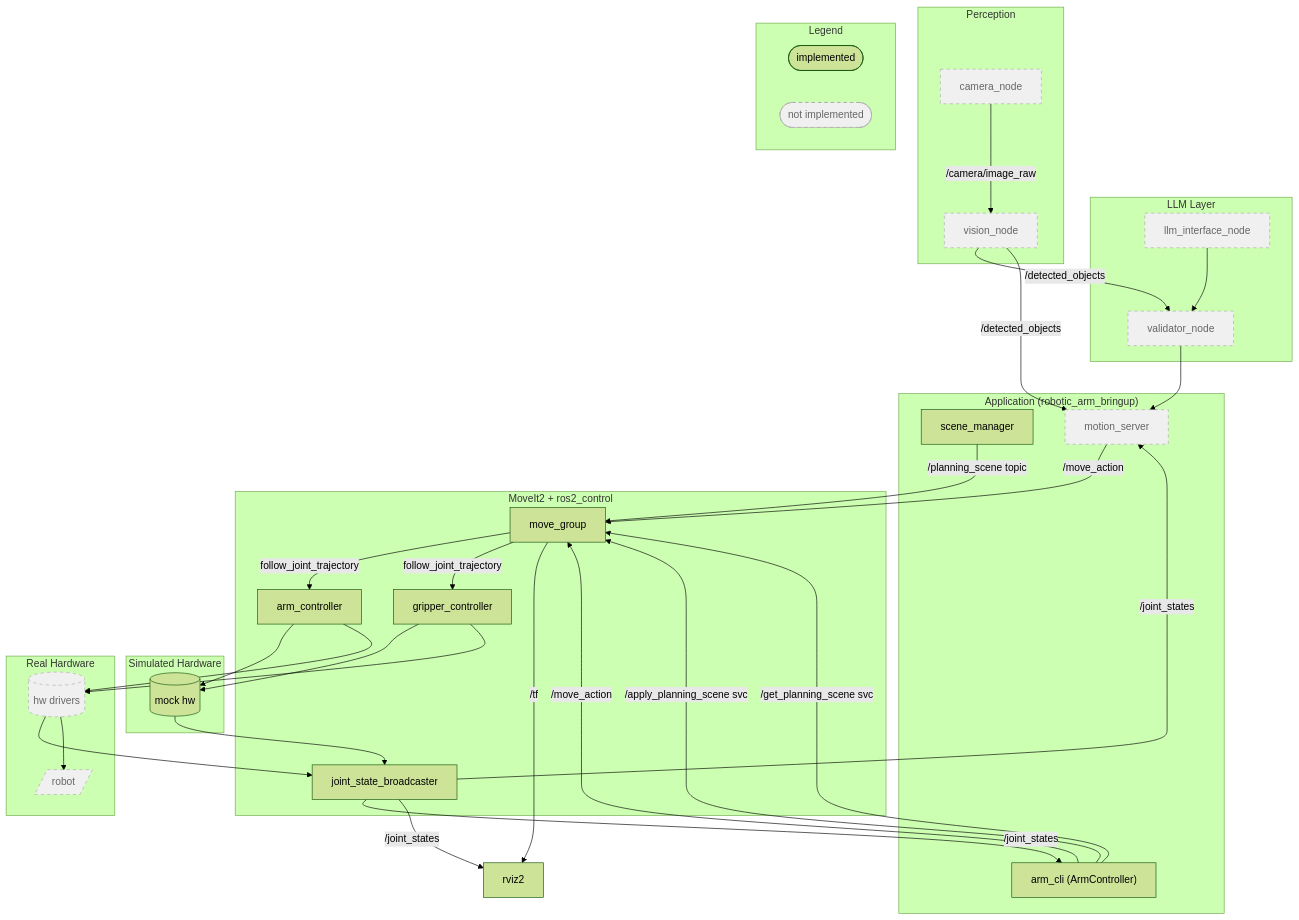
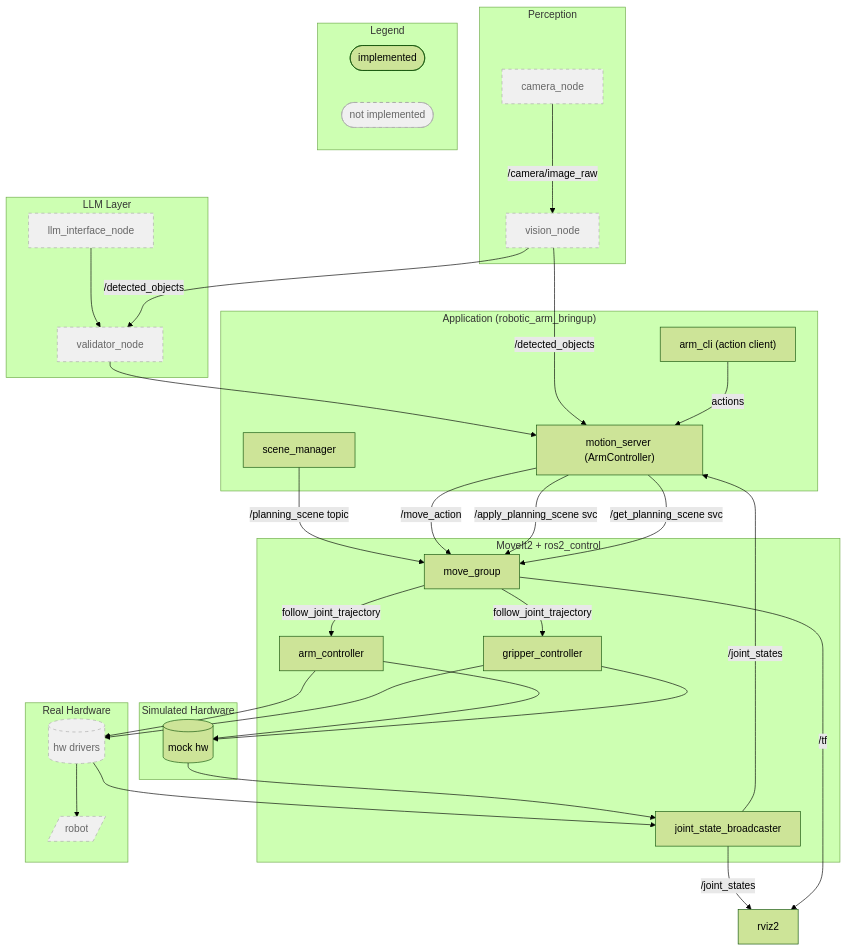
One commit to daniel-iacob/ros2_robotic_arm changed the first of 2 diagrams in doc/architecture.md. Above: the diagram before and after it, drawn with Mermaid (forest theme). The commit also changed other lines of this file and 31 other files, not shown here.

First line of the commit message:
Ros2 action server (#25)

````diff
--- a/doc/architecture.md
+++ b/doc/architecture.md
@@ -33,73 +33,72 @@
 ```mermaid
 flowchart TD
     classDef planned fill:#f0f0f0,stroke:#aaa,stroke-dasharray:5 5,color:#666
 
     subgraph llm["LLM Layer"]
         llm_interface_node
         validator_node
     end
 
     subgraph perception["Perception"]
         camera_node
         vision_node
     end
 
     subgraph app["Application (robotic_arm_bringup)"]
         scene_manager
-        arm_cli["arm_cli (ArmController)"]
-        motion_server
+        motion_server["motion_server (ArmController)"]
+        arm_cli["arm_cli (action client)"]
     end
 
     subgraph infra["MoveIt2 + ros2_control"]
         move_group
         arm_controller
         gripper_controller
         joint_state_broadcaster
     end
 
     subgraph sim["Simulated Hardware"]
         mock_hw[(mock hw)]
     end
 
     subgraph hardware["Real Hardware"]
         hw_drivers[(hw drivers)]
         real_robot[/robot/]
     end
 
     rviz2
 
     subgraph legend["Legend"]
         impl([implemented])
         notimpl([not implemented]):::planned
     end
 
-    class llm_interface_node,validator_node,camera_node,vision_node,motion_server,hw_drivers,real_robot planned
+    class llm_interface_node,validator_node,camera_node,vision_node,hw_drivers,real_robot planned
 
     llm_interface_node --> validator_node
     validator_node --> motion_server
     camera_node -->|/camera/image_raw| vision_node
     vision_node -->|/detected_objects| validator_node
     vision_node -->|/detected_objects| motion_server
 
     scene_manager -->|/planning_scene topic| move_group
-    arm_cli -->|/move_action| move_group
-    arm_cli -->|/apply_planning_scene svc| move_group
-    arm_cli -->|/get_planning_scene svc| move_group
+    arm_cli -->|actions| motion_server
     motion_server -->|/move_action| move_group
+    motion_server -->|/apply_planning_scene svc| move_group
+    motion_server -->|/get_planning_scene svc| move_group
 
     move_group -->|follow_joint_trajectory| arm_controller
     move_group -->|follow_joint_trajectory| gripper_controller
     arm_controller --> mock_hw
     gripper_controller --> mock_hw
     mock_hw --> joint_state_broadcaster
 
     arm_controller --> hw_drivers
     gripper_controller --> hw_drivers
     hw_drivers --> joint_state_broadcaster
     hw_drivers --> real_robot
 
-    joint_state_broadcaster -->|/joint_states| arm_cli
     joint_state_broadcaster -->|/joint_states| motion_server
     joint_state_broadcaster -->|/joint_states| rviz2
     move_group -->|/tf| rviz2
 ```
````
